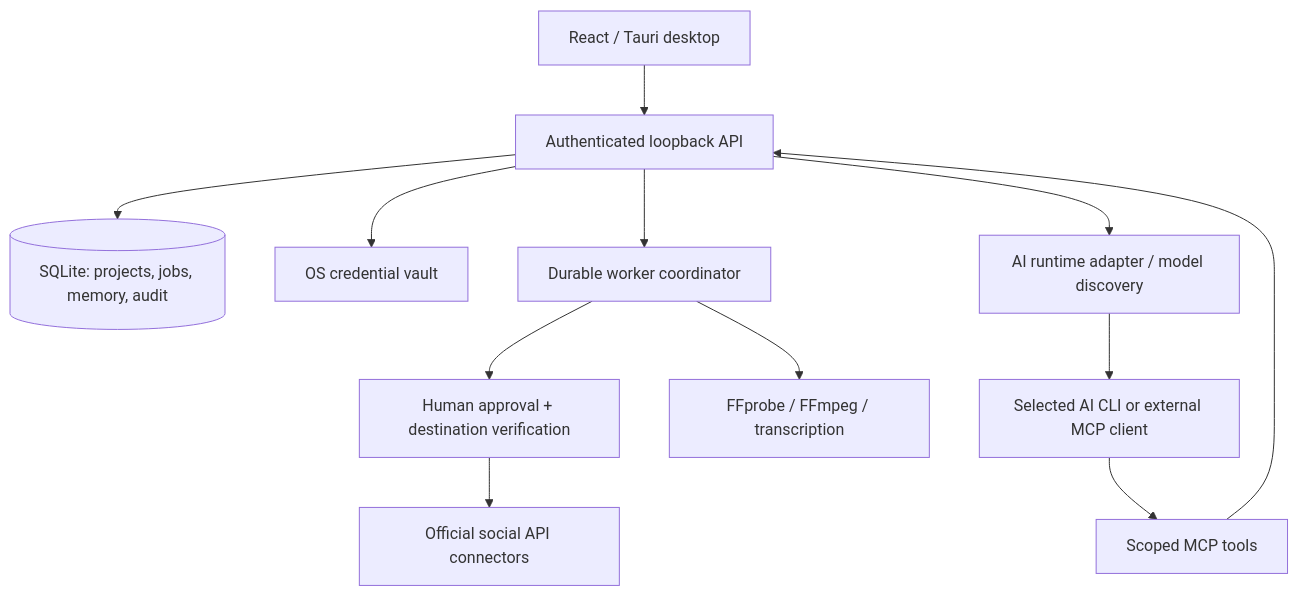
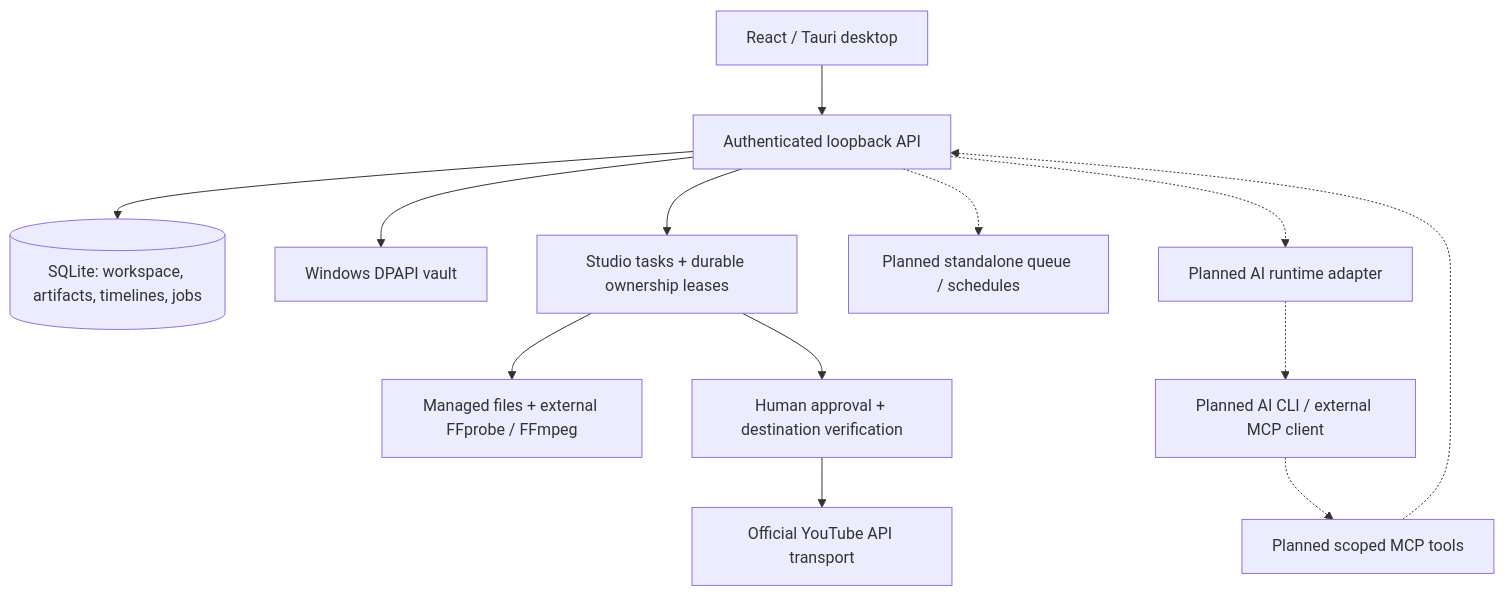
One commit to merteren97/AtrisShare changed the diagram in docs/ARCHITECTURE.md. Above: the diagram before and after it, drawn with Mermaid. The commit also changed other lines of this file and 42 other files, not shown here.

First line of the commit message:
Add comprehensive tests for YouTubePublishing service

````diff
--- a/docs/ARCHITECTURE.md
+++ b/docs/ARCHITECTURE.md
@@ -12,14 +15,15 @@
 ```mermaid
 flowchart TD
     Desktop[React / Tauri desktop] --> API[Authenticated loopback API]
-    CLI[Selected AI CLI or external MCP client] --> MCP[Scoped MCP tools]
-    MCP --> API
-    API --> DB[(SQLite: projects, jobs, memory, audit)]
-    API --> Vault[OS credential vault]
-    API --> Queue[Durable worker coordinator]
-    Queue --> Media[FFprobe / FFmpeg / transcription]
-    Queue --> Gate[Human approval + destination verification]
-    Gate --> Social[Official social API connectors]
-    API --> AI[AI runtime adapter / model discovery]
-    AI --> CLI
+    API --> DB[(SQLite: workspace, artifacts, timelines, jobs)]
+    API --> Vault[Windows DPAPI vault]
+    API --> Studio[Studio tasks + durable ownership leases]
+    Studio --> Media[Managed files + external FFprobe / FFmpeg]
+    Studio --> Gate[Human approval + destination verification]
+    Gate --> Social[Official YouTube API transport]
+    CLI[Planned AI CLI / external MCP client] -.-> MCP[Planned scoped MCP tools]
+    MCP -.-> API
+    API -.-> Queue[Planned standalone queue / schedules]
+    API -.-> AI[Planned AI runtime adapter]
+    AI -.-> CLI
 ```
````
